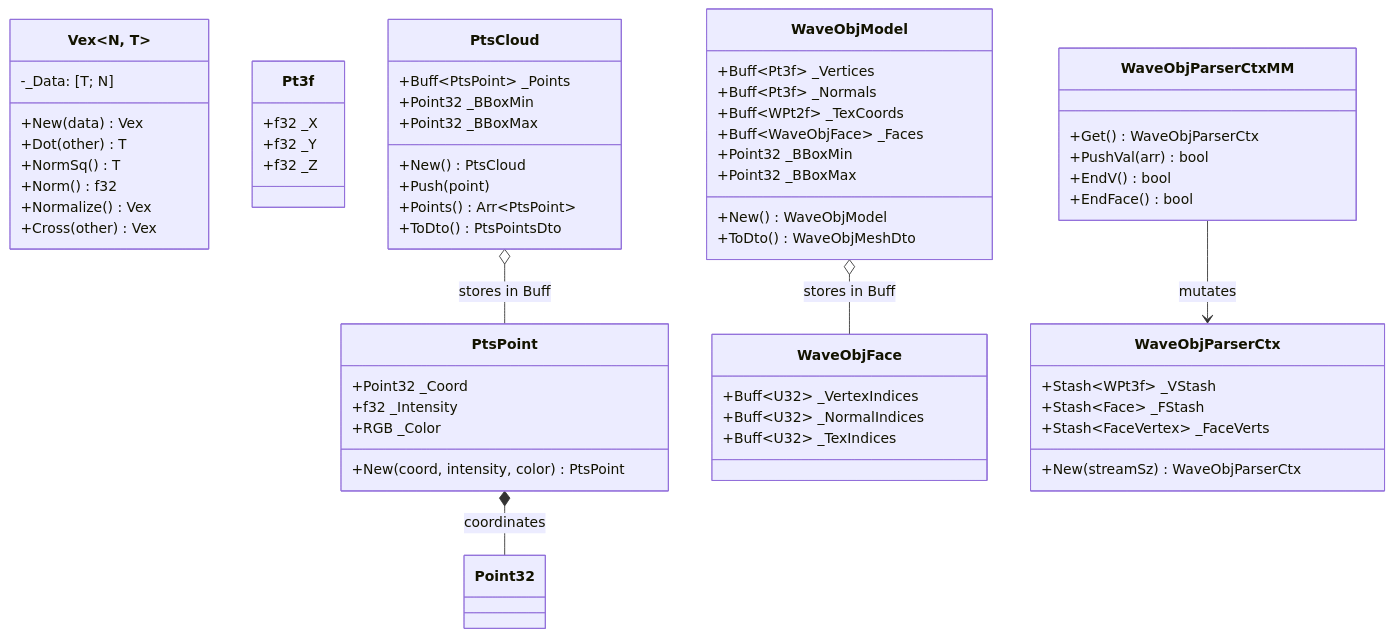
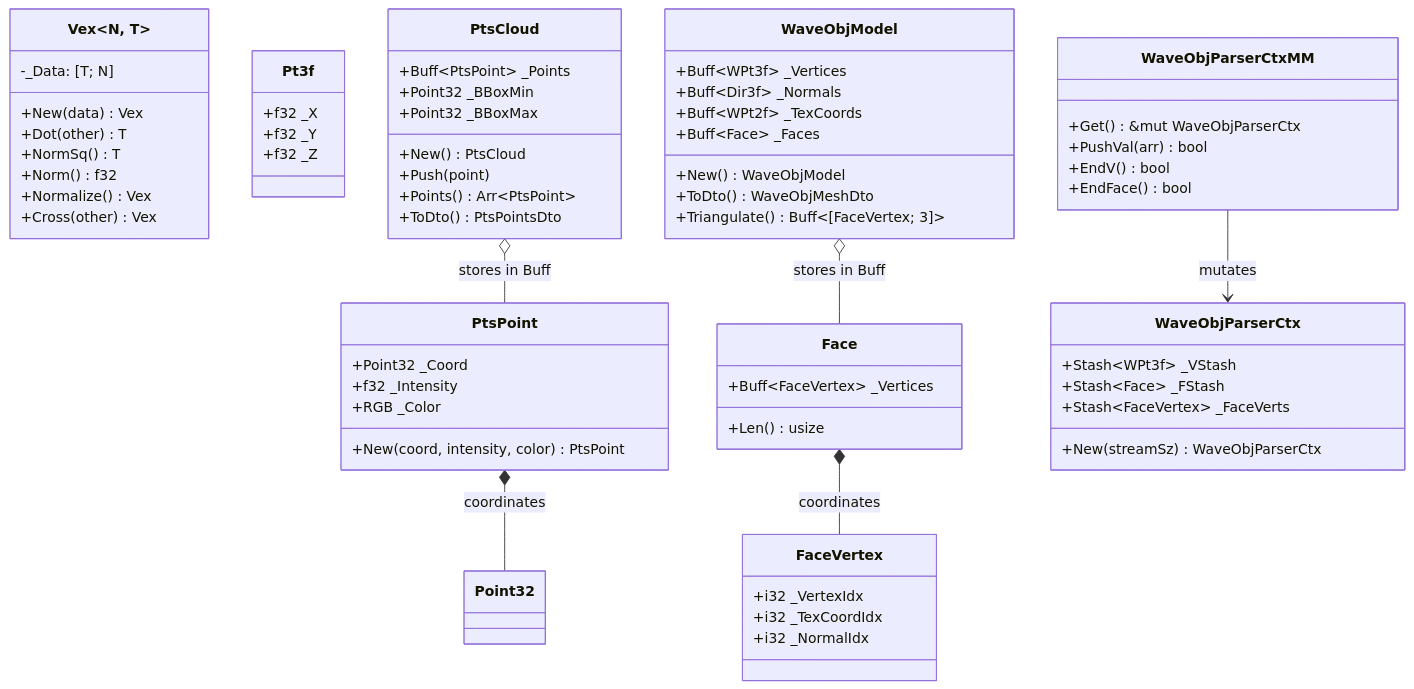
One commit to jswarup/Kosh changed the diagram in wiki/Fleck.md. Above: the diagram before and after it, drawn with Mermaid. The commit also changed other lines of this file and 1 other file, not shown here.

Commit message:
Fix v//vn face parsing bug and update WaveObj documentation and styling

````diff
--- a/wiki/Fleck.md
+++ b/wiki/Fleck.md
@@ -15,72 +15,77 @@
 ```mermaid
 classDiagram
     class Vex~N, T~ {
         -_Data: [T; N]
         +New(data) Vex
         +Dot(other) T
         +NormSq() T
         +Norm() f32
         +Normalize() Vex
         +Cross(other) Vex
     }
 
     class Pt3f {
         +f32 _X
         +f32 _Y
         +f32 _Z
     }
 
     class PtsPoint {
         +Point32 _Coord
         +f32 _Intensity
         +RGB _Color
         +New(coord, intensity, color) PtsPoint
     }
 
     class PtsCloud {
         +Buff~PtsPoint~ _Points
         +Point32 _BBoxMin
         +Point32 _BBoxMax
         +New() PtsCloud
         +Push(point)
         +Points() Arr~PtsPoint~
         +ToDto() PtsPointsDto
     }
 
     class WaveObjModel {
-        +Buff~Pt3f~ _Vertices
-        +Buff~Pt3f~ _Normals
+        +Buff~WPt3f~ _Vertices
+        +Buff~Dir3f~ _Normals
         +Buff~WPt2f~ _TexCoords
-        +Buff~WaveObjFace~ _Faces
-        +Point32 _BBoxMin
-        +Point32 _BBoxMax
+        +Buff~Face~ _Faces
         +New() WaveObjModel
         +ToDto() WaveObjMeshDto
+        +Triangulate() Buff~[FaceVertex; 3]~
     }
 
-    class WaveObjFace {
-        +Buff~U32~ _VertexIndices
-        +Buff~U32~ _NormalIndices
-        +Buff~U32~ _TexIndices
+    class Face {
+        +Buff~FaceVertex~ _Vertices
+        +Len() usize
+    }
+
+    class FaceVertex {
+        +i32 _VertexIdx
+        +i32 _TexCoordIdx
+        +i32 _NormalIdx
     }
 
 
     class WaveObjParserCtx {
         +Stash~WPt3f~ _VStash
         +Stash~Face~ _FStash
         +Stash~FaceVertex~ _FaceVerts
         +New(streamSz) WaveObjParserCtx
     }
 
     class WaveObjParserCtxMM {
-        +Get() WaveObjParserCtx
+        +Get() &mut WaveObjParserCtx
         +PushVal(arr) bool
         +EndV() bool
         +EndFace() bool
     }
     WaveObjParserCtxMM --> WaveObjParserCtx : mutates
 
     PtsPoint *-- Point32 : coordinates
     PtsCloud o-- PtsPoint : stores in Buff
-    WaveObjModel o-- WaveObjFace : stores in Buff
+    WaveObjModel o-- Face : stores in Buff
+    Face *-- FaceVertex : coordinates
 ```
````
